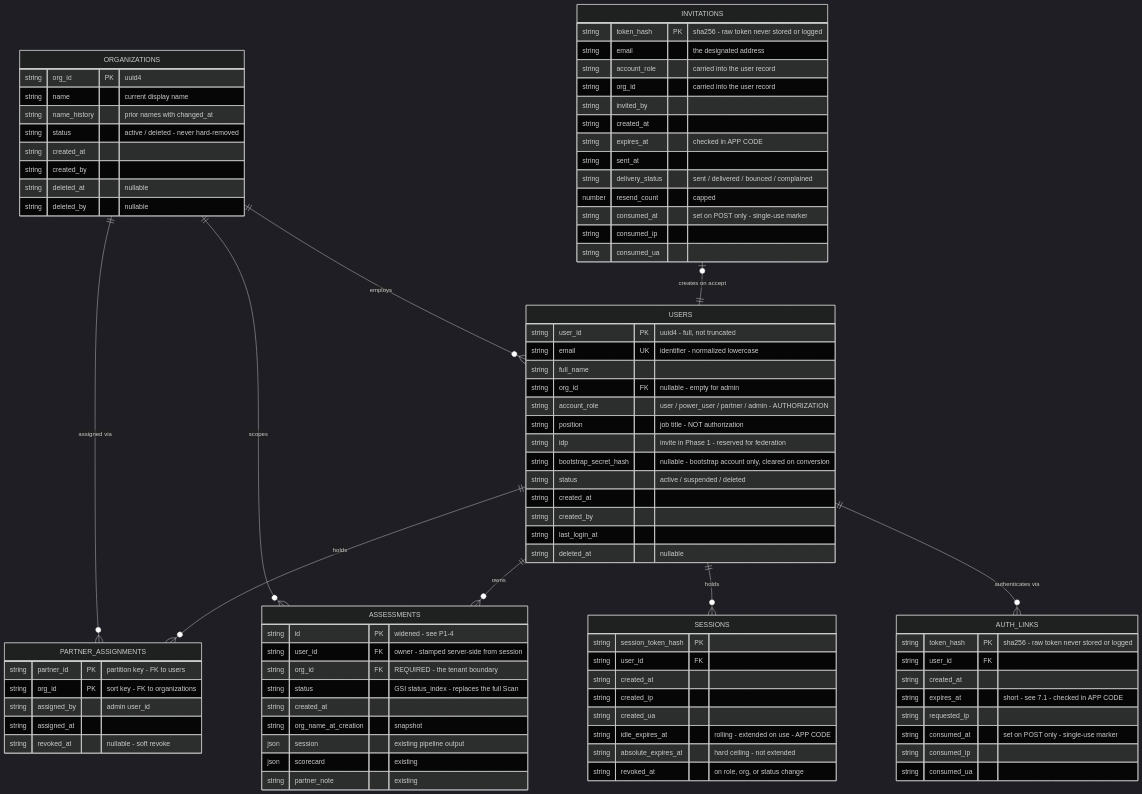
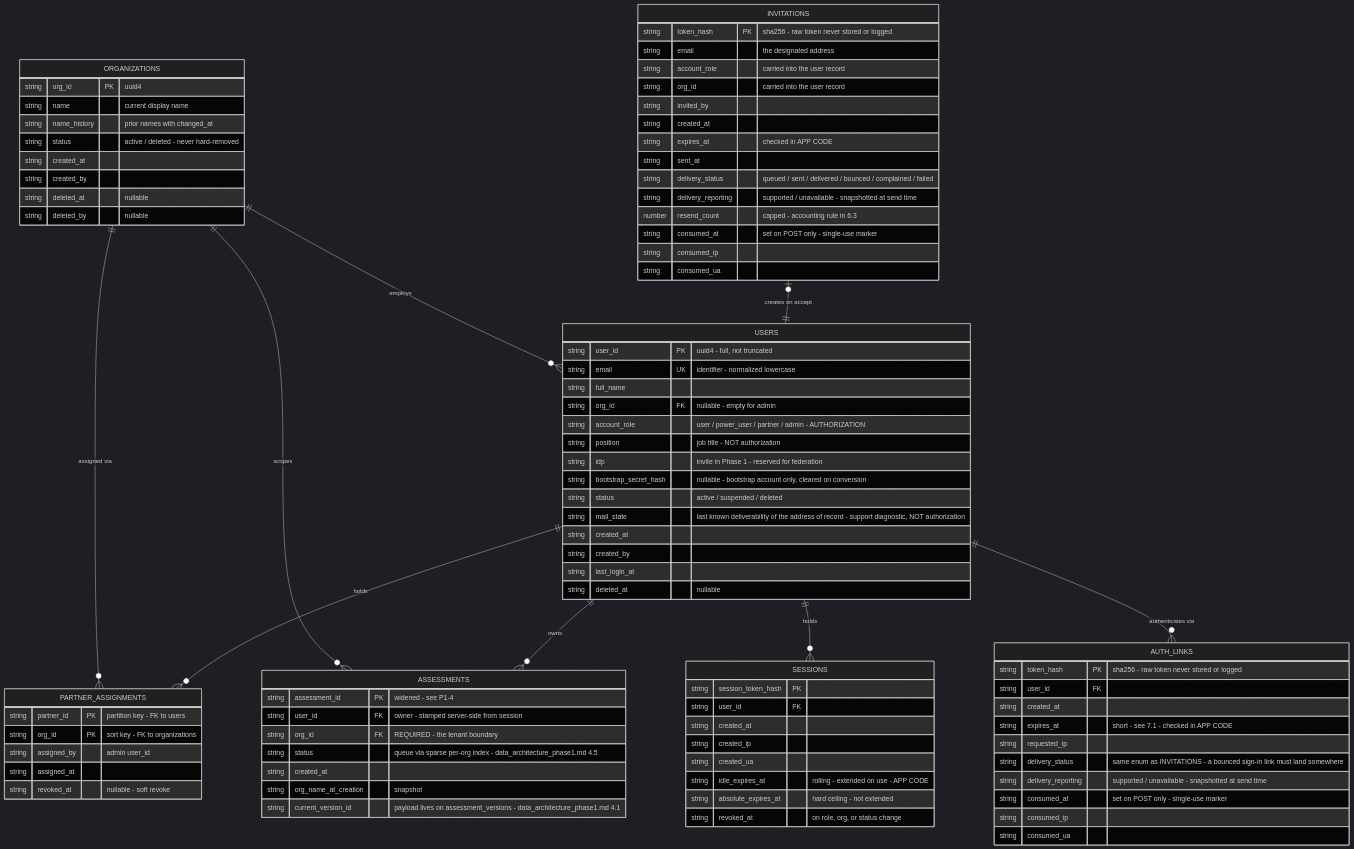
Before and after one commit to shawnrajguru18/ai-readiness-diagnostic: the first of 4 diagrams in docs/architecture/authorization_model_phase1.md, drawn with Mermaid (dark theme). The commit also changed other lines of this file and 19 other files, not shown here.

````diff
--- a/docs/architecture/authorization_model_phase1.md
+++ b/docs/architecture/authorization_model_phase1.md
@@ -162,6 +171,7 @@
         string idp "invite in Phase 1 - reserved for federation"
         string bootstrap_secret_hash "nullable - bootstrap account only, cleared on conversion"
         string status "active / suspended / deleted"
+        string mail_state "last known deliverability of the address of record - support diagnostic, NOT authorization"
         string created_at
         string created_by
         string last_login_at
@@ -185,8 +195,9 @@
         string created_at
         string expires_at "checked in APP CODE"
         string sent_at
-        string delivery_status "sent / delivered / bounced / complained"
-        number resend_count "capped"
+        string delivery_status "queued / sent / delivered / bounced / complained / failed"
+        string delivery_reporting "supported / unavailable - snapshotted at send time"
+        number resend_count "capped - accounting rule in 6.3"
         string consumed_at "set on POST only - single-use marker"
         string consumed_ip
         string consumed_ua
@@ -198,6 +209,8 @@
         string created_at
         string expires_at "short - see 7.1 - checked in APP CODE"
         string requested_ip
+        string delivery_status "same enum as INVITATIONS - a bounced sign-in link must land somewhere"
+        string delivery_reporting "supported / unavailable - snapshotted at send time"
         string consumed_at "set on POST only - single-use marker"
         string consumed_ip
         string consumed_ua
@@ -215,14 +228,12 @@
     }
 
     ASSESSMENTS {
-        string id PK "widened - see P1-4"
+        string assessment_id PK "widened - see P1-4"
         string user_id FK "owner - stamped server-side from session"
         string org_id FK "REQUIRED - the tenant boundary"
-        string status "GSI status_index - replaces the full Scan"
+        string status "queue via sparse per-org index - data_architecture_phase1.md 4.5"
         string created_at
         string org_name_at_creation "snapshot"
-        json session "existing pipeline output"
-        json scorecard "existing"
-        string partner_note "existing"
+        string current_version_id "payload lives on assessment_versions - data_architecture_phase1.md 4.1"
     }
 ```
````
